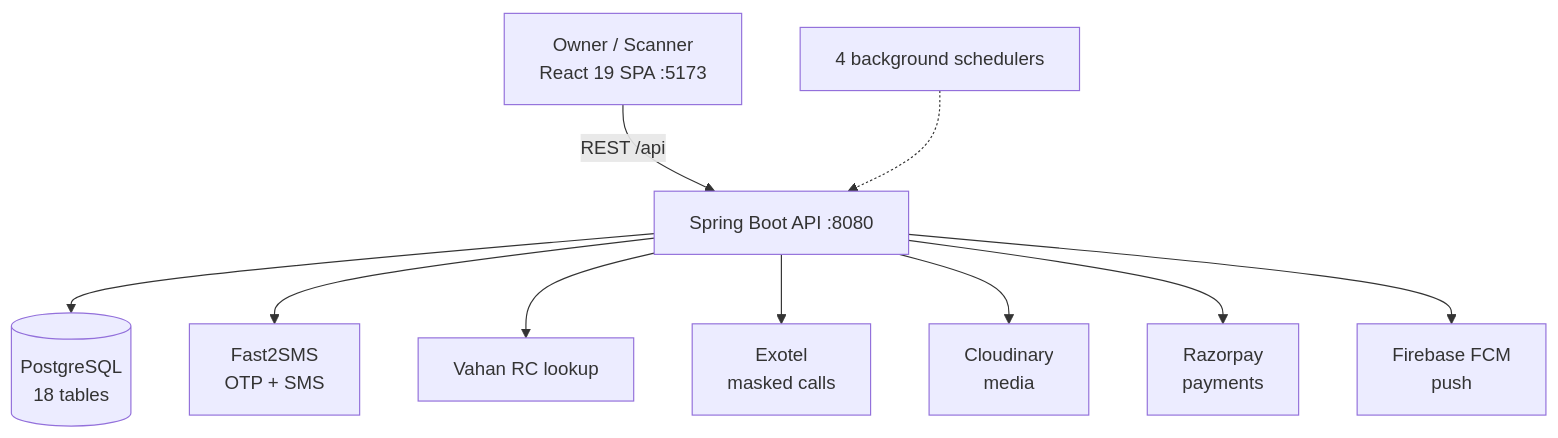
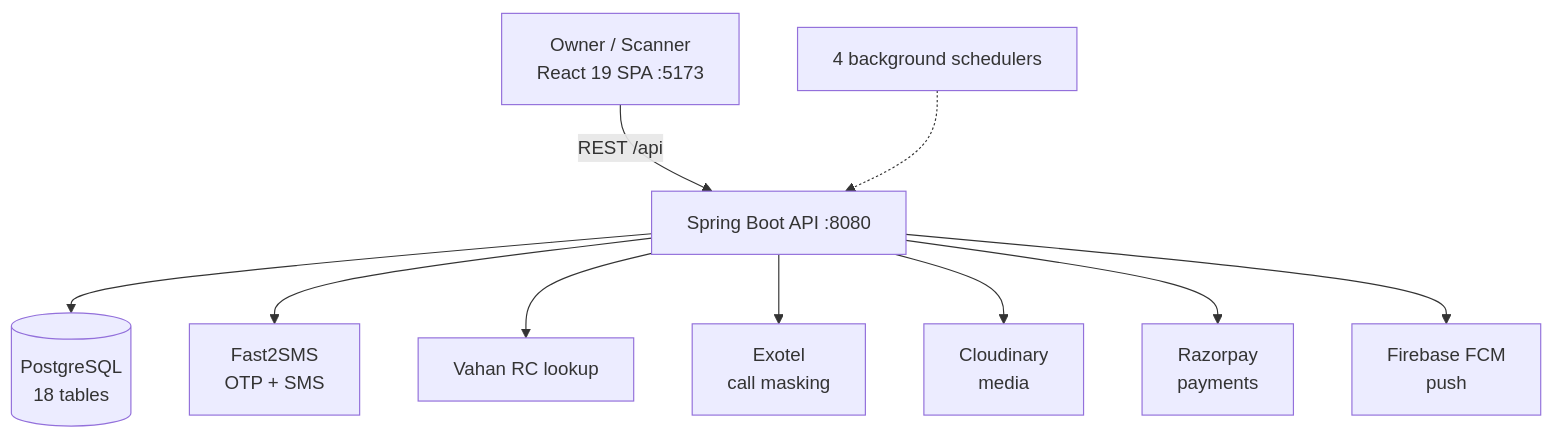
Before and after one commit to srajan1234/portfolio: the diagram in projects/cartag/README.md, drawn with Mermaid. The commit also changed other lines of this file and 11 other files, not shown here.

````diff
--- a/projects/cartag/README.md
+++ b/projects/cartag/README.md
@@ -43,12 +43,12 @@
 ```mermaid
 graph TD
     U[Owner / Scanner<br/>React 19 SPA :5173] -->|REST /api| API[Spring Boot API :8080]
     API --> DB[(PostgreSQL<br/>18 tables)]
     API --> SMS[Fast2SMS<br/>OTP + SMS]
     API --> VAHAN[Vahan RC lookup]
-    API --> EXO[Exotel<br/>masked calls]
+    API --> EXO[Exotel<br/>call masking]
     API --> CLD[Cloudinary<br/>media]
     API --> RZP[Razorpay<br/>payments]
     API --> FCM[Firebase FCM<br/>push]
     SCH[4 background schedulers] -.-> API
 ```
````
